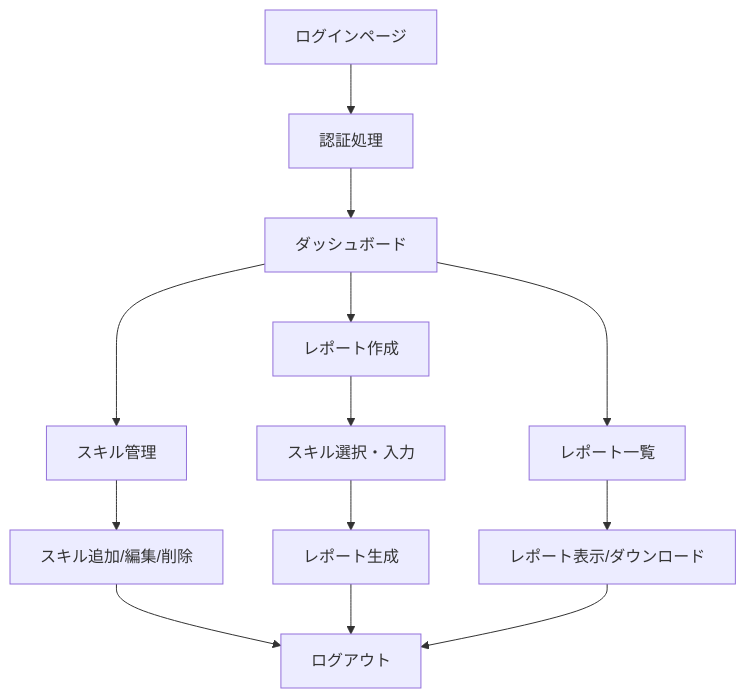
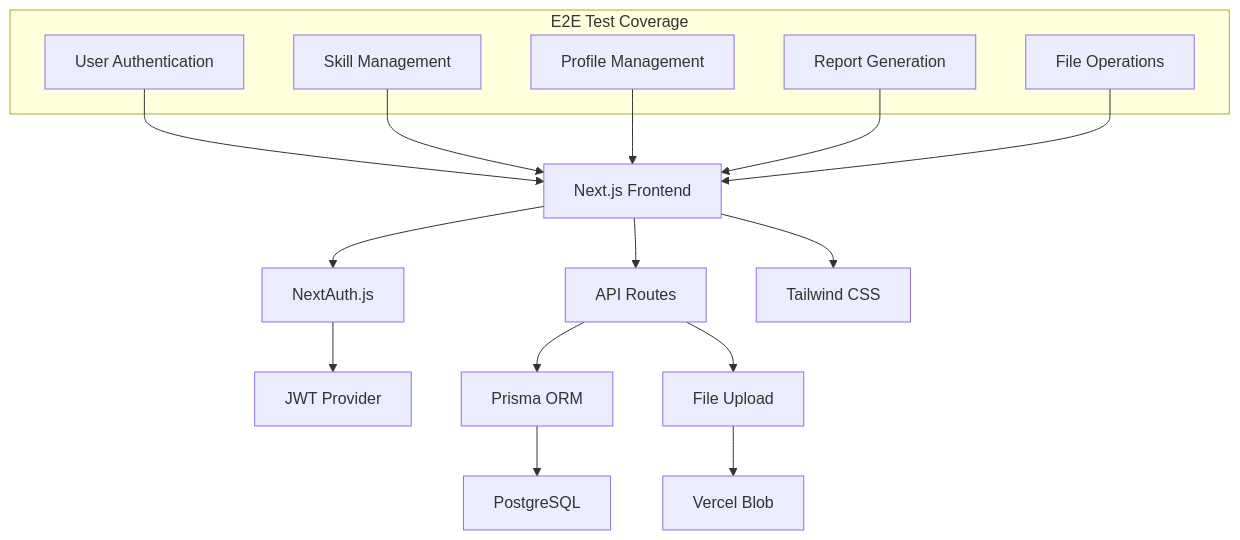
The diagram in docs/testing/05_E2Eテスト実装ガイド.md (sas-dx/skill-report-web), drawn with Mermaid before and after one commit. The commit also changed other lines of this file and 9 other files, not shown here.

````diff
--- a/docs/testing/05_E2Eテスト実装ガイド.md
+++ b/docs/testing/05_E2Eテスト実装ガイド.md
@@ -35,15 +35,25 @@
 ```mermaid
 graph TD
-    A[ログインページ] --> B[認証処理]
-    B --> C[ダッシュボード]
-    C --> D[スキル管理]
-    C --> E[レポート作成]
-    C --> F[レポート一覧]
-    D --> G[スキル追加/編集/削除]
-    E --> H[スキル選択・入力]
-    H --> I[レポート生成]
-    F --> J[レポート表示/ダウンロード]
-    G --> K[ログアウト]
-    I --> K
-    J --> K
+    A[Next.js Frontend] --> B[NextAuth.js]
+    A --> C[API Routes]
+    B --> D[JWT Provider]
+    C --> E[Prisma ORM]
+    E --> F[PostgreSQL]
+    A --> G[Tailwind CSS]
+    C --> H[File Upload]
+    H --> I[Vercel Blob]
+    
+    subgraph "E2E Test Coverage"
+        J[User Authentication]
+        K[Skill Management]
+        L[Profile Management]
+        M[Report Generation]
+        N[File Operations]
+    end
+    
+    J --> A
+    K --> A
+    L --> A
+    M --> A
+    N --> A
 ```
````
